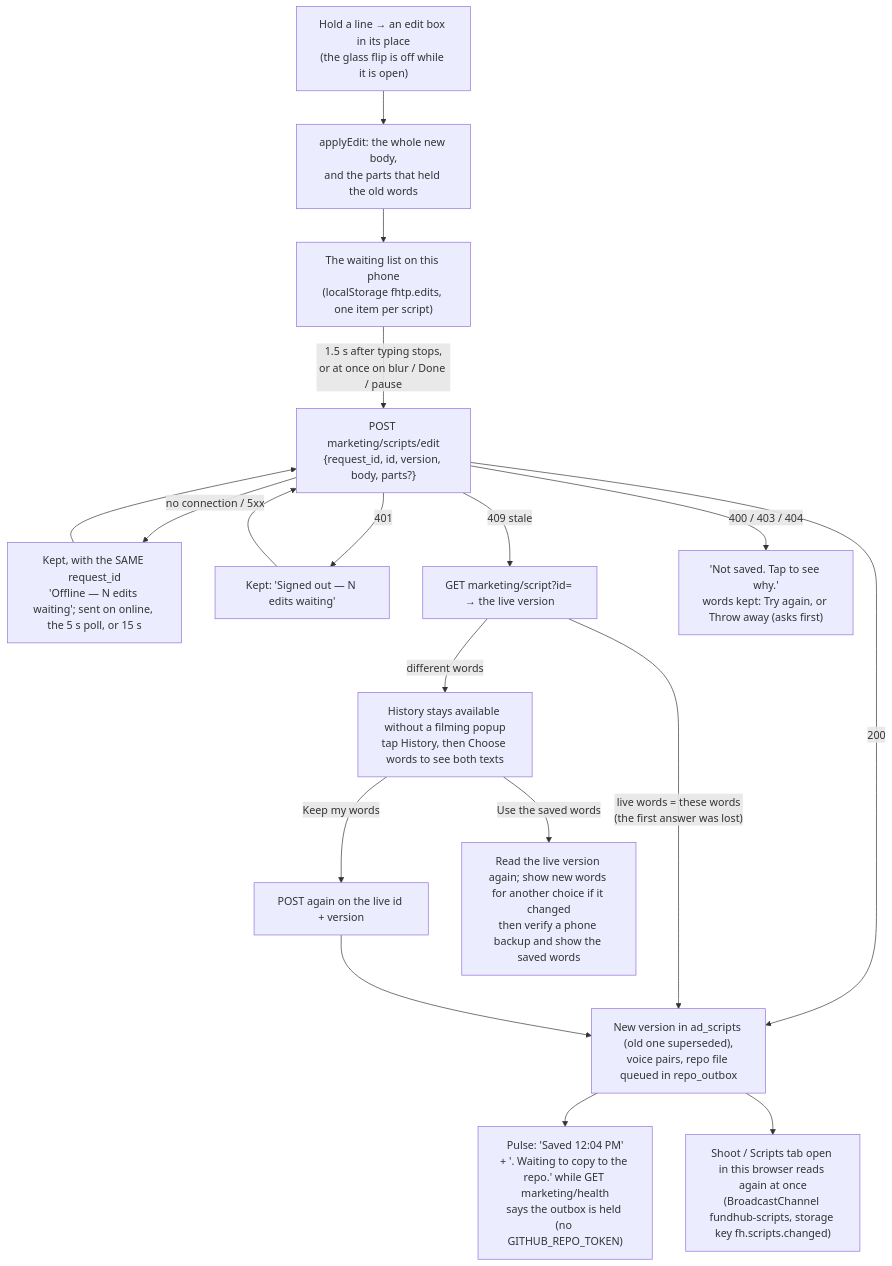
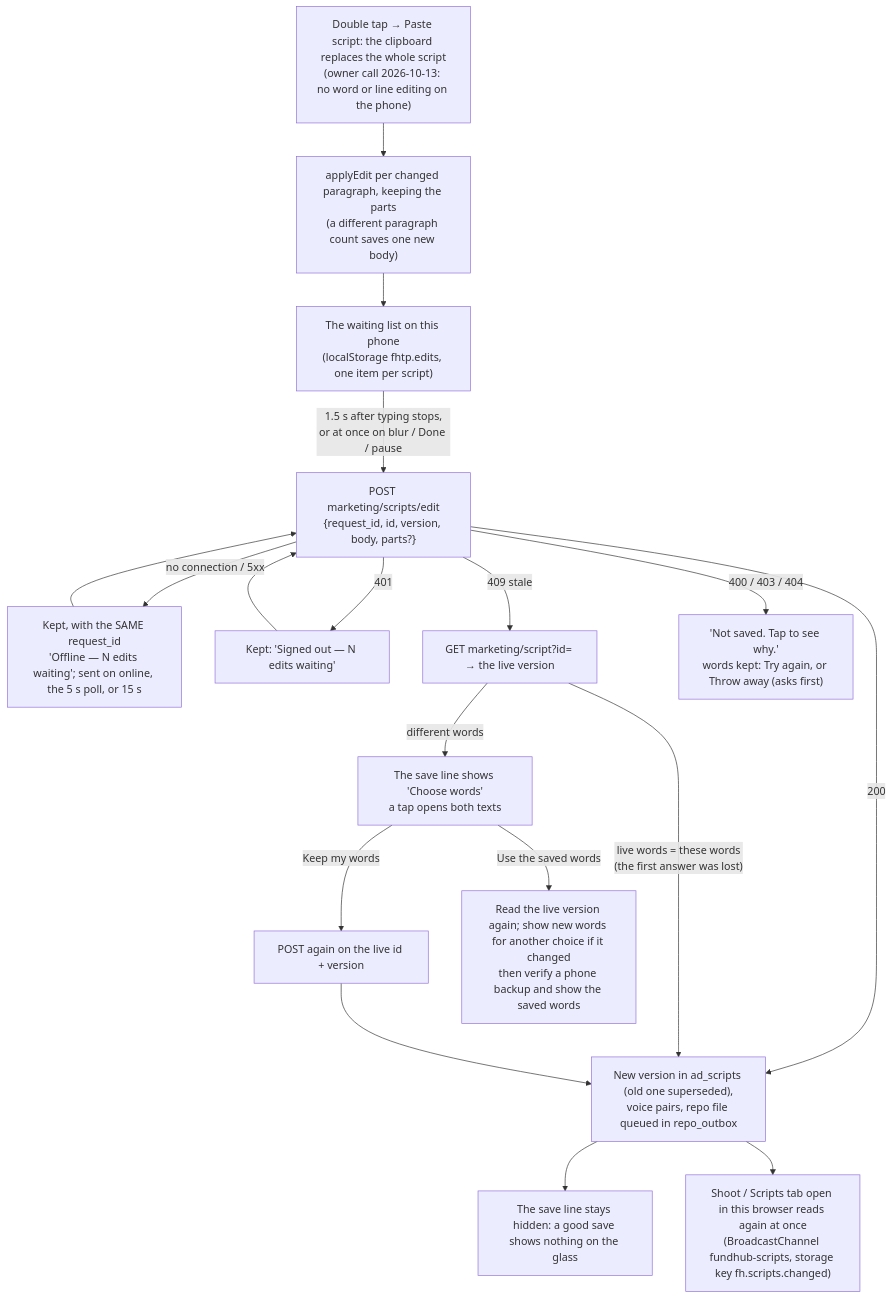
The fourth of 4 diagrams in docs/journeys/shoot-flow.md (ZootimusMaximusSupreme/fundhub-platform), drawn with Mermaid before and after one commit. The commit also changed other lines of this file and 5 other files, not shown here.

First line of the commit message:
fix(teleprompter): clean screen, copy and paste script, Rode mic label

````diff
--- a/docs/journeys/shoot-flow.md
+++ b/docs/journeys/shoot-flow.md
@@ -75,19 +74,19 @@
 ```mermaid
 flowchart TD
-    A["Hold a line → an edit box in its place<br/>(the glass flip is off while it is open)"] --> B["applyEdit: the whole new body,<br/>and the parts that held the old words"]
+    A["Double tap → Paste script: the clipboard replaces the whole script<br/>(owner call 2026-10-13: no word or line editing on the phone)"] --> B["applyEdit per changed paragraph, keeping the parts<br/>(a different paragraph count saves one new body)"]
     B --> Q["The waiting list on this phone<br/>(localStorage fhtp.edits, one item per script)"]
     Q -->|"1.5 s after typing stops,<br/>or at once on blur / Done / pause"| P["POST marketing/scripts/edit<br/>{request_id, id, version, body, parts?}"]
     P -->|200| V["New version in ad_scripts (old one superseded),<br/>voice pairs, repo file queued in repo_outbox"]
-    V --> S["Pulse: 'Saved 12:04 PM'<br/>+ '. Waiting to copy to the repo.' while GET marketing/health<br/>says the outbox is held (no GITHUB_REPO_TOKEN)"]
+    V --> S["The save line stays hidden: a good save shows nothing on the glass"]
     V --> T["Shoot / Scripts tab open in this browser reads again at once<br/>(BroadcastChannel fundhub-scripts, storage key fh.scripts.changed)"]
     P -->|"no connection / 5xx"| O["Kept, with the SAME request_id<br/>'Offline — N edits waiting'; sent on online, the 5 s poll, or 15 s"]
     P -->|401| U["Kept: 'Signed out — N edits waiting'"]
     O --> P
     U --> P
     P -->|409 stale| L["GET marketing/script?id= → the live version"]
     L -->|"live words = these words<br/>(the first answer was lost)"| V
-    L -->|different words| C["History stays available without a filming popup<br/>tap History, then Choose words to see both texts"]
+    L -->|different words| C["The save line shows 'Choose words'<br/>a tap opens both texts"]
     C -->|Keep my words| P2["POST again on the live id + version"] --> V
     C -->|Use the saved words| W["Read the live version again; show new words for another choice if it changed<br/>then verify a phone backup and show the saved words"]
     P -->|"400 / 403 / 404"| F["'Not saved. Tap to see why.'<br/>words kept: Try again, or Throw away (asks first)"]
 ```
````
